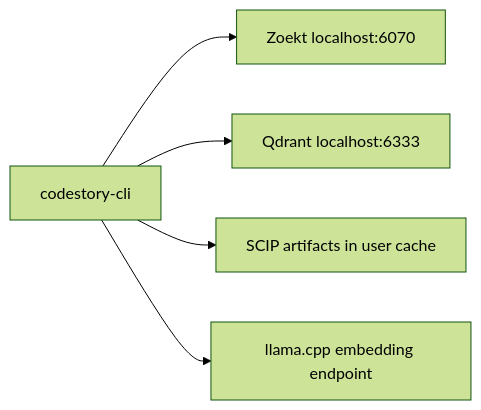
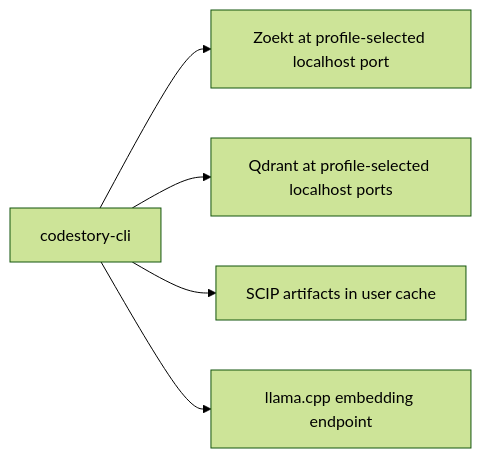
One commit to TheGreenCedar/CodeStory changed the diagram in docs/ops/retrieval-sidecars.md. Above: the diagram before and after it, drawn with Mermaid (forest theme). The commit also changed other lines of this file and 17 other files, not shown here.

````diff
--- a/docs/ops/retrieval-sidecars.md
+++ b/docs/ops/retrieval-sidecars.md
@@ -28,7 +28,7 @@
 ```mermaid
 flowchart LR
-    cli[codestory-cli] --> zoekt["Zoekt localhost:6070"]
-    cli --> qdrant["Qdrant localhost:6333"]
+    cli[codestory-cli] --> zoekt["Zoekt at profile-selected localhost port"]
+    cli --> qdrant["Qdrant at profile-selected localhost ports"]
     cli --> scip[SCIP artifacts in user cache]
     cli --> embed[llama.cpp embedding endpoint]
 ```
````
